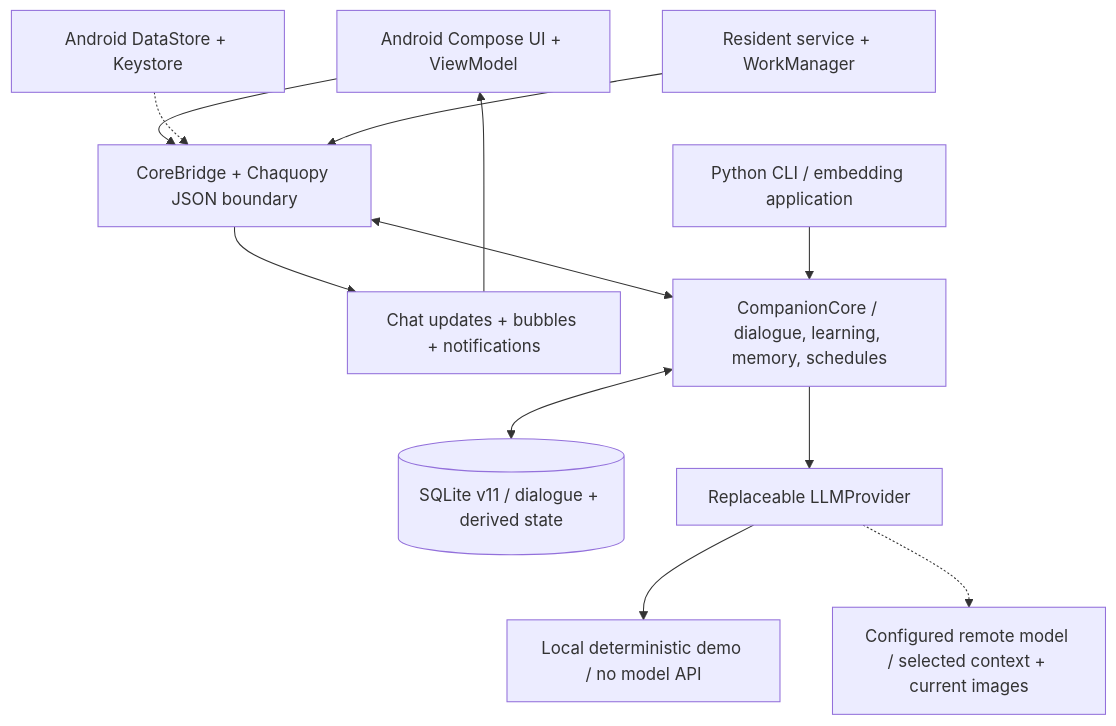
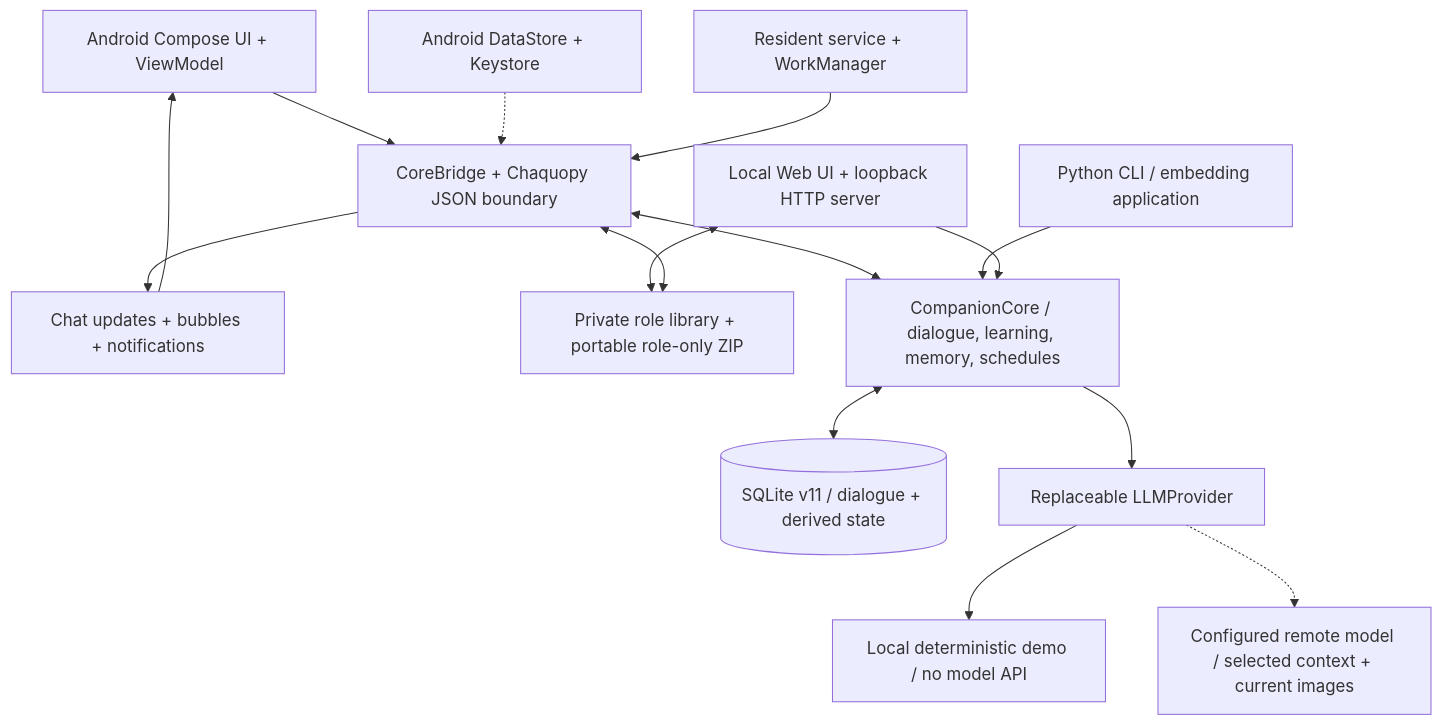
The first of 3 diagrams in ARCHITECTURE.md (karurukaruru/OpenWoven), drawn with Mermaid before and after one commit. The commit also changed other lines of this file and 34 other files, not shown here.

Commit message:
Add portable character libraries and a local Web client

````diff
--- a/ARCHITECTURE.md
+++ b/ARCHITECTURE.md
@@ -15,25 +15,30 @@
 ```mermaid
 flowchart TB
     UI["Android Compose UI + ViewModel"]
     SETTINGS["Android DataStore + Keystore"]
     BRIDGE["CoreBridge + Chaquopy JSON boundary"]
     RUNNERS["Resident service + WorkManager"]
     PRESENT["Chat updates + bubbles + notifications"]
     UI --> BRIDGE
     SETTINGS -.-> BRIDGE
     RUNNERS --> BRIDGE
     BRIDGE --> PRESENT
     PRESENT --> UI
     CLI["Python CLI / embedding application"]
+    WEB["Local Web UI + loopback HTTP server"]
+    LIBRARY["Private role library + portable role-only ZIP"]
     CORE["CompanionCore / dialogue, learning, memory, schedules"]
     STORE[("SQLite v11 / dialogue + derived state")]
     PROVIDER["Replaceable LLMProvider"]
     LOCAL["Local deterministic demo / no model API"]
     REMOTE["Configured remote model / selected context + current images"]
     BRIDGE <--> CORE
     CLI --> CORE
+    WEB --> CORE
+    WEB <--> LIBRARY
+    BRIDGE <--> LIBRARY
     CORE <--> STORE
     CORE --> PROVIDER
     PROVIDER --> LOCAL
     PROVIDER -.-> REMOTE
 ```
````
